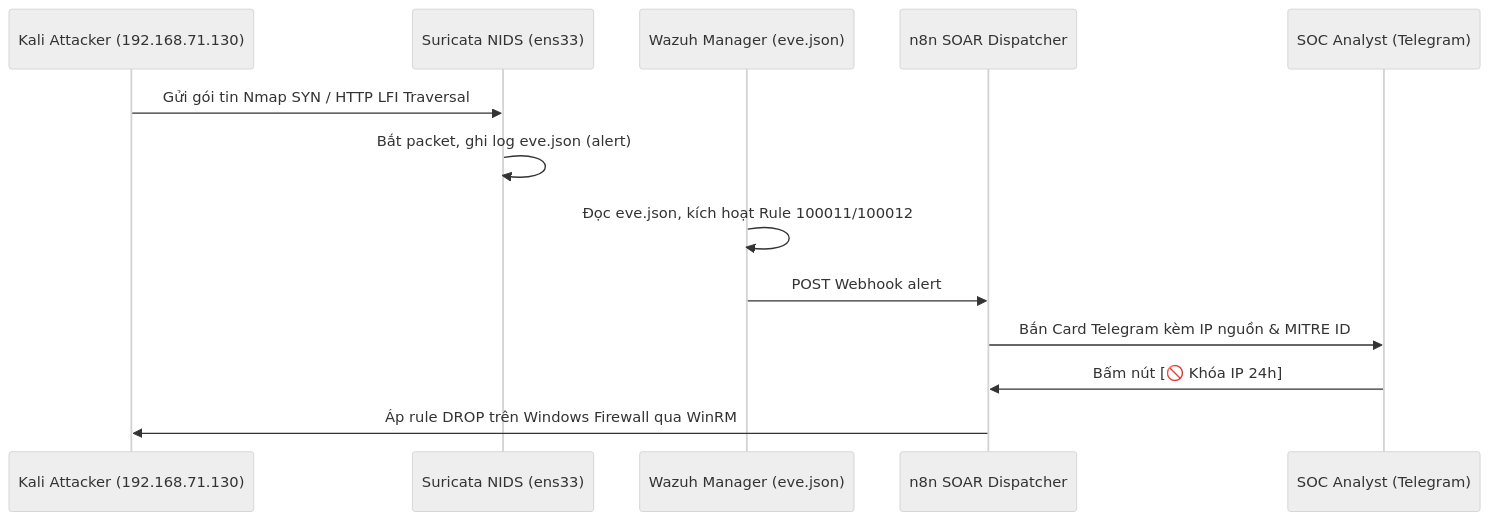
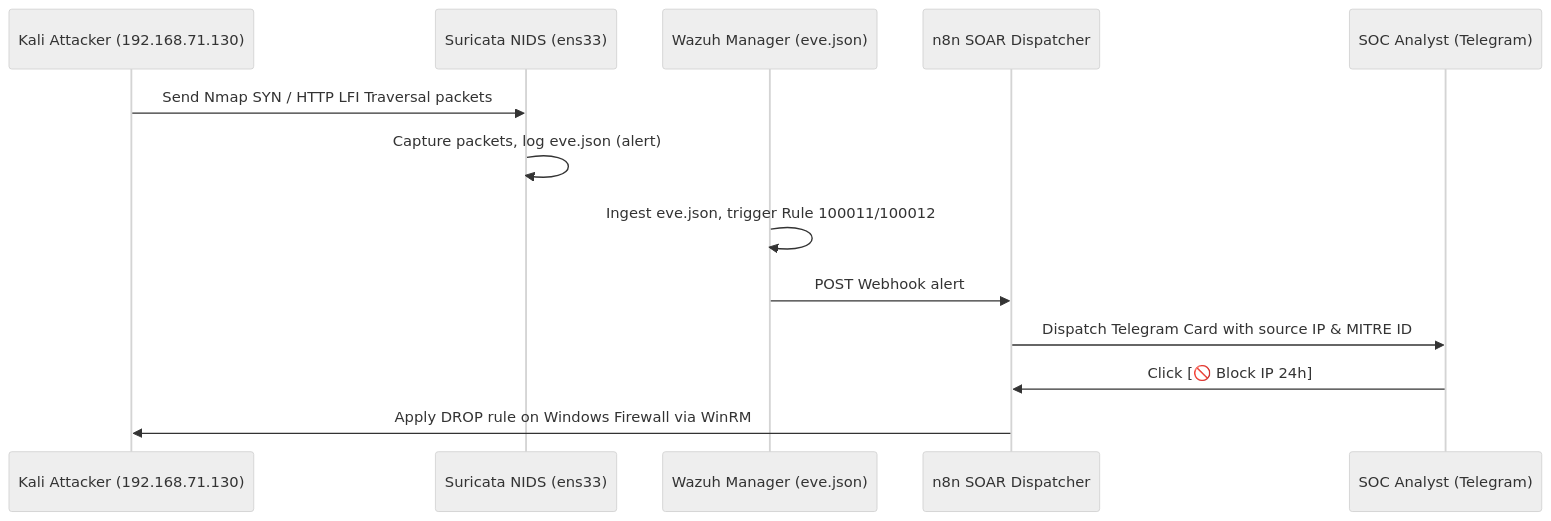
One commit to tofan0810/Wazuh-SOC-lab changed the diagram in playbooks/SOP-05_Network_NIDS_Suricata_Response.md. Above: the diagram before and after it, drawn with Mermaid (neutral theme). The commit also changed other lines of this file and 55 other files, not shown here.

````diff
--- a/playbooks/SOP-05_Network_NIDS_Suricata_Response.md
+++ b/playbooks/SOP-05_Network_NIDS_Suricata_Response.md
@@ -34,16 +34,16 @@
 ```mermaid
 sequenceDiagram
     participant Kali as Kali Attacker (192.168.71.130)
     participant Suricata as Suricata NIDS (ens33)
     participant Wazuh as Wazuh Manager (eve.json)
     participant n8n as n8n SOAR Dispatcher
     participant Analyst as SOC Analyst (Telegram)
 
-    Kali->>Suricata: Gửi gói tin Nmap SYN / HTTP LFI Traversal
-    Suricata->>Suricata: Bắt packet, ghi log eve.json (alert)
-    Wazuh->>Wazuh: Đọc eve.json, kích hoạt Rule 100011/100012
+    Kali->>Suricata: Send Nmap SYN / HTTP LFI Traversal packets
+    Suricata->>Suricata: Capture packets, log eve.json (alert)
+    Wazuh->>Wazuh: Ingest eve.json, trigger Rule 100011/100012
     Wazuh->>n8n: POST Webhook alert
-    n8n->>Analyst: Bắn Card Telegram kèm IP nguồn & MITRE ID
-    Analyst->>n8n: Bấm nút [🚫 Khóa IP 24h]
-    n8n->>Kali: Áp rule DROP trên Windows Firewall qua WinRM
+    n8n->>Analyst: Dispatch Telegram Card with source IP & MITRE ID
+    Analyst->>n8n: Click [🚫 Block IP 24h]
+    n8n->>Kali: Apply DROP rule on Windows Firewall via WinRM
 ```
````
